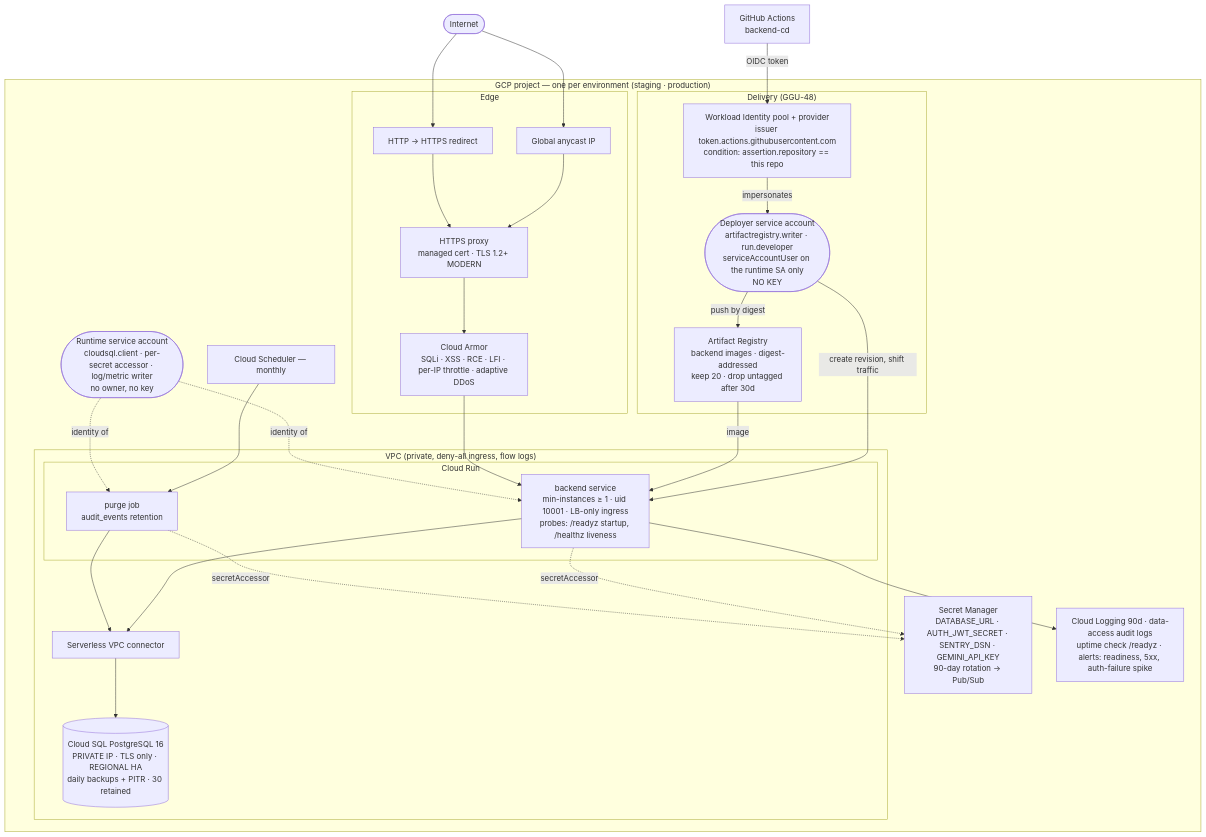
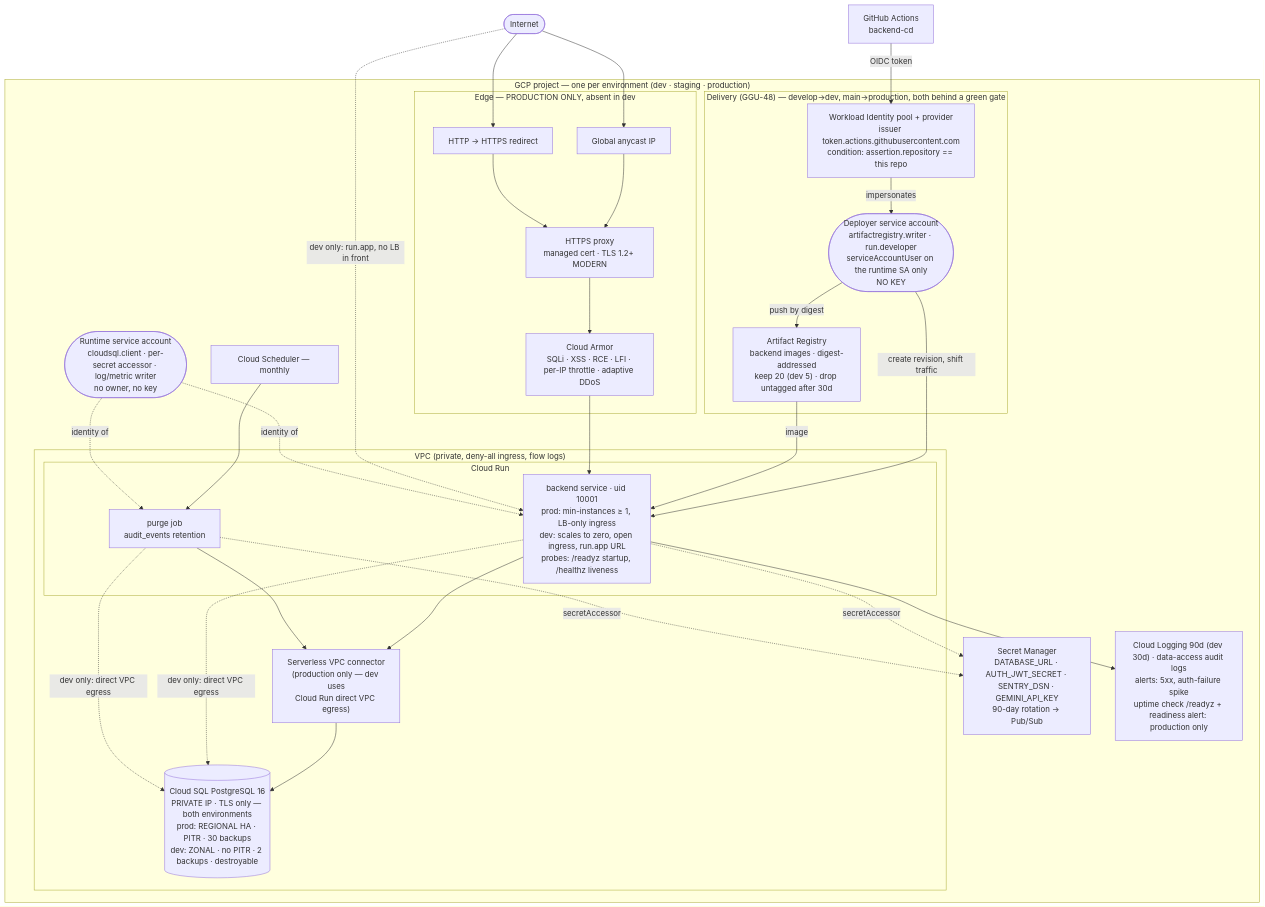
One commit to somnio-projects/finance-google-a2ui changed the diagram in docs/diagrams/08-infrastructure.md. Above: the diagram before and after it, drawn with Mermaid. The commit also changed other lines of this file and 32 other files, not shown here.

````diff
--- a/docs/diagrams/08-infrastructure.md
+++ b/docs/diagrams/08-infrastructure.md
@@ -5,50 +7,58 @@
 ```mermaid
 flowchart TB
     net([Internet])
-    subgraph gcp["GCP project — one per environment (staging · production)"]
-        subgraph edge["Edge"]
+    subgraph gcp["GCP project — one per environment (dev · staging · production)"]
+        subgraph edge["Edge — PRODUCTION ONLY, absent in dev"]
             ip["Global anycast IP"]
             https["HTTPS proxy<br/>managed cert · TLS 1.2+ MODERN"]
             armor["Cloud Armor<br/>SQLi · XSS · RCE · LFI · per-IP throttle · adaptive DDoS"]
             httpr["HTTP → HTTPS redirect"]
         end
         subgraph vpc["VPC (private, deny-all ingress, flow logs)"]
-            conn["Serverless VPC connector"]
+            conn["Serverless VPC connector<br/>(production only — dev uses<br/>Cloud Run direct VPC egress)"]
             subgraph runtime["Cloud Run"]
-                svc["backend service<br/>min-instances ≥ 1 · uid 10001 · LB-only ingress<br/>probes: /readyz startup, /healthz liveness"]
+                svc["backend service · uid 10001<br/>prod: min-instances ≥ 1, LB-only ingress<br/>dev: scales to zero, open ingress, run.app URL<br/>probes: /readyz startup, /healthz liveness"]
                 job["purge job<br/>audit_events retention"]
             end
-            sql[("Cloud SQL PostgreSQL 16<br/>PRIVATE IP · TLS only · REGIONAL HA<br/>daily backups + PITR · 30 retained")]
+            sql[("Cloud SQL PostgreSQL 16<br/>PRIVATE IP · TLS only — both environments<br/>prod: REGIONAL HA · PITR · 30 backups<br/>dev: ZONAL · no PITR · 2 backups · destroyable")]
         end
         sm["Secret Manager<br/>DATABASE_URL · AUTH_JWT_SECRET · SENTRY_DSN · GEMINI_API_KEY<br/>90-day rotation → Pub/Sub"]
-        obs["Cloud Logging 90d · data-access audit logs<br/>uptime check /readyz · alerts: readiness, 5xx, auth-failure spike"]
+        obs["Cloud Logging 90d (dev 30d) · data-access audit logs<br/>alerts: 5xx, auth-failure spike<br/>uptime check /readyz + readiness alert: production only"]
         sched["Cloud Scheduler — monthly"]
         sa(["Runtime service account<br/>cloudsql.client · per-secret accessor · log/metric writer<br/>no owner, no key"])
-        subgraph delivery["Delivery (GGU-48)"]
-            ar["Artifact Registry<br/>backend images · digest-addressed<br/>keep 20 · drop untagged after 30d"]
+        subgraph delivery["Delivery (GGU-48) — develop→dev, main→production, both behind a green gate"]
+            ar["Artifact Registry<br/>backend images · digest-addressed<br/>keep 20 (dev 5) · drop untagged after 30d"]
             wif["Workload Identity pool + provider<br/>issuer token.actions.githubusercontent.com<br/>condition: assertion.repository == this repo"]
             dsa(["Deployer service account<br/>artifactregistry.writer · run.developer<br/>serviceAccountUser on the runtime SA only<br/>NO KEY"])
         end
     end
 
     gha["GitHub Actions<br/>backend-cd"] -->|"OIDC token"| wif
     wif -->|impersonates| dsa
     dsa -->|push by digest| ar
     dsa -->|create revision, shift traffic| svc
     ar -->|image| svc
 
     net --> ip --> https --> armor --> svc
     net --> httpr --> https
+    net -. "dev only: run.app, no LB in front" .-> svc
     svc --> conn --> sql
+    svc -. "dev only: direct VPC egress" .-> sql
     sched --> job --> conn
+    job -. "dev only: direct VPC egress" .-> sql
     svc -. "secretAccessor" .-> sm
     job -. "secretAccessor" .-> sm
     svc --> obs
     sa -.->|"identity of"| svc
     sa -.->|"identity of"| job
 
     %% Everything here is Terraform: infra/{network,database,secrets,iam,run,edge,observability,delivery}.tf
     %% trivy config: 0 misconfigurations. Apply is GGU-29.
+    %% The edge subgraph and the connector are counted out of dev by local.ephemeral
+    %% (main.tf). Dev therefore has NO WAF, NO edge rate limit and NO HA — a real
+    %% reduction, accepted as risk R-16 because dev holds synthetic data only.
+    %% Secrets, per-secret IAM, private DB IP, TLS-only and the keyless pipeline
+    %% are identical in every environment: dev gives up durability, not privacy.
     %% The deployer can publish an image and create a revision. It cannot read
     %% a secret, reach the database, or act as any other identity.
 ```
````
